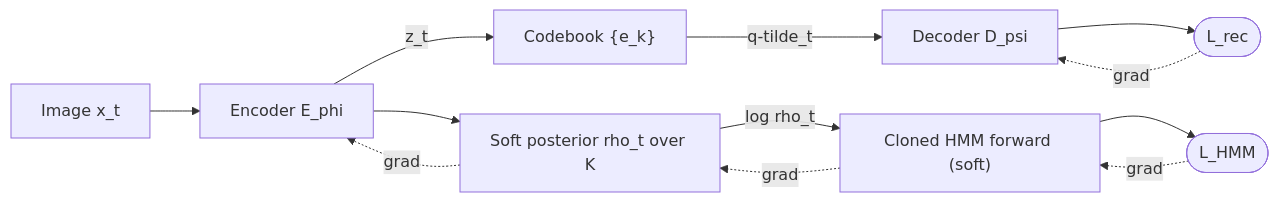
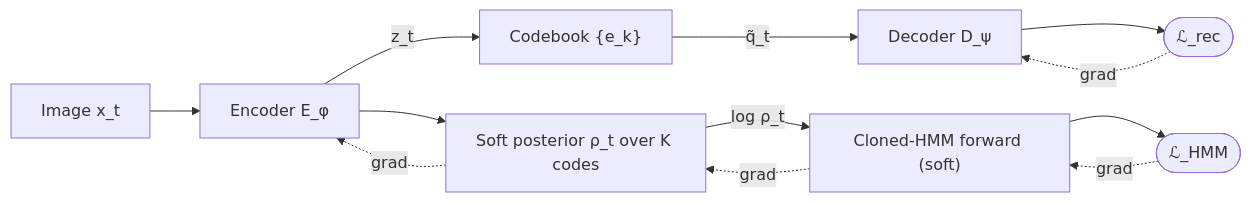
Before and after one commit to tristanstoeber/gradCSCG: the diagram in README.md, drawn with Mermaid. The commit also changed other lines of this file, not shown here.

````diff
--- a/README.md
+++ b/README.md
@@ -58,14 +58,14 @@
 ```mermaid
 flowchart LR
-    img["Image x_t"] --> enc["Encoder E_phi"]
+    img["Image x_t"] --> enc["Encoder E_φ"]
     enc -->|"z_t"| vq["Codebook {e_k}"]
-    vq -->|"q-tilde_t"| dec["Decoder D_psi"]
-    dec --> rec(["L_rec"])
-    enc --> soft["Soft posterior rho_t over K"]
-    soft -->|"log rho_t"| hmm["Cloned HMM forward (soft)"]
-    hmm --> nll(["L_HMM"])
+    vq -->|"q̃_t"| dec["Decoder D_ψ"]
+    dec --> rec(["ℒ_rec"])
+    enc --> soft["Soft posterior ρ_t over K codes"]
+    soft -->|"log ρ_t"| hmm["Cloned-HMM forward (soft)"]
+    hmm --> nll(["ℒ_HMM"])
     rec -. grad .-> dec
     nll -. grad .-> hmm
     hmm -. grad .-> soft
     soft -. grad .-> enc
 ```
````
